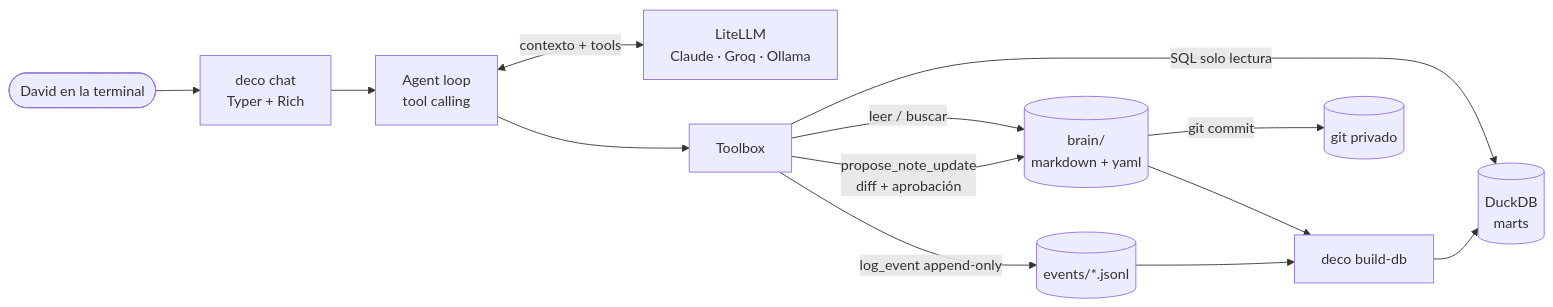
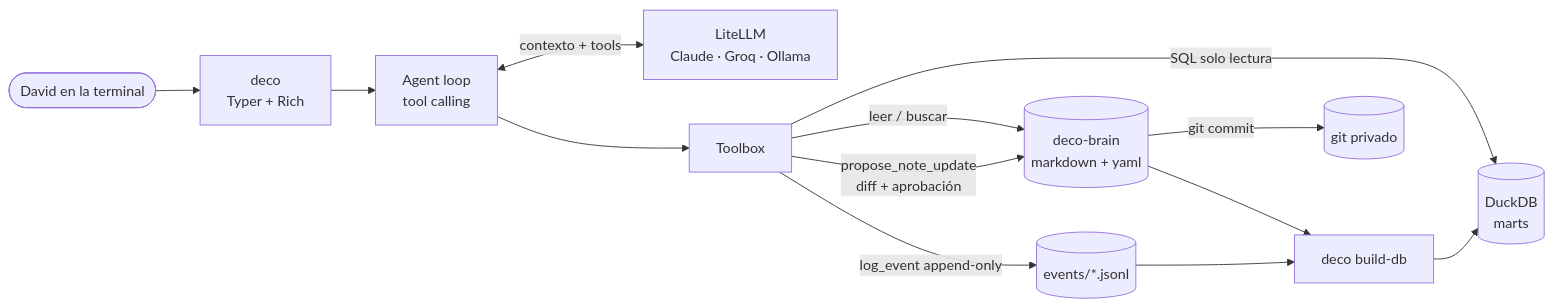
Before and after one commit to descandon88/deco: the first of 2 diagrams in README.md, drawn with Mermaid. The commit also changed other lines of this file, not shown here.

````diff
--- a/README.md
+++ b/README.md
@@ -32,14 +43,14 @@
 ```mermaid
 flowchart LR
-  U([David en la terminal]) --> CLI["deco chat<br/>Typer + Rich"]
+  U([David en la terminal]) --> CLI["deco<br/>Typer + Rich"]
   CLI --> AG["Agent loop<br/>tool calling"]
   AG <-->|contexto + tools| LLM["LiteLLM<br/>Claude · Groq · Ollama"]
   AG --> TB[Toolbox]
-  TB -->|leer / buscar| BR[("brain/<br/>markdown + yaml")]
+  TB -->|leer / buscar| BR[("deco-brain<br/>markdown + yaml")]
   TB -->|"propose_note_update<br/>diff + aprobación"| BR
   TB -->|log_event append-only| EV[("events/*.jsonl")]
   TB -->|SQL solo lectura| DB[("DuckDB<br/>marts")]
   BR --> BUILD[deco build-db]
   EV --> BUILD --> DB
   BR -->|git commit| GIT[("git privado")]
 ```
````
